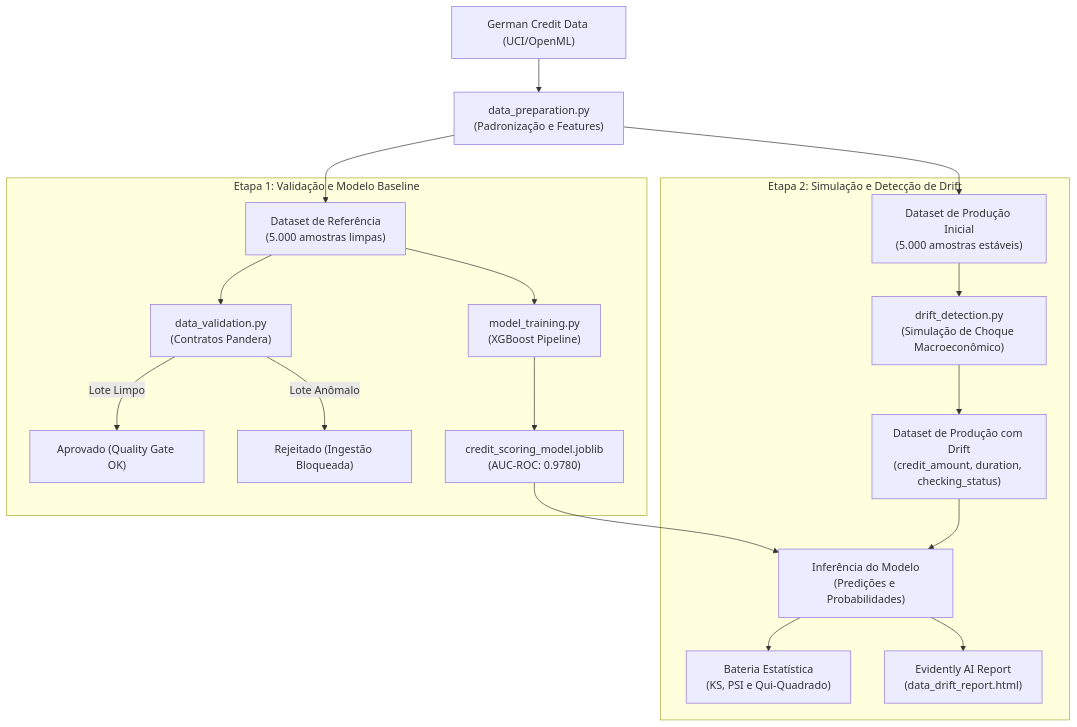
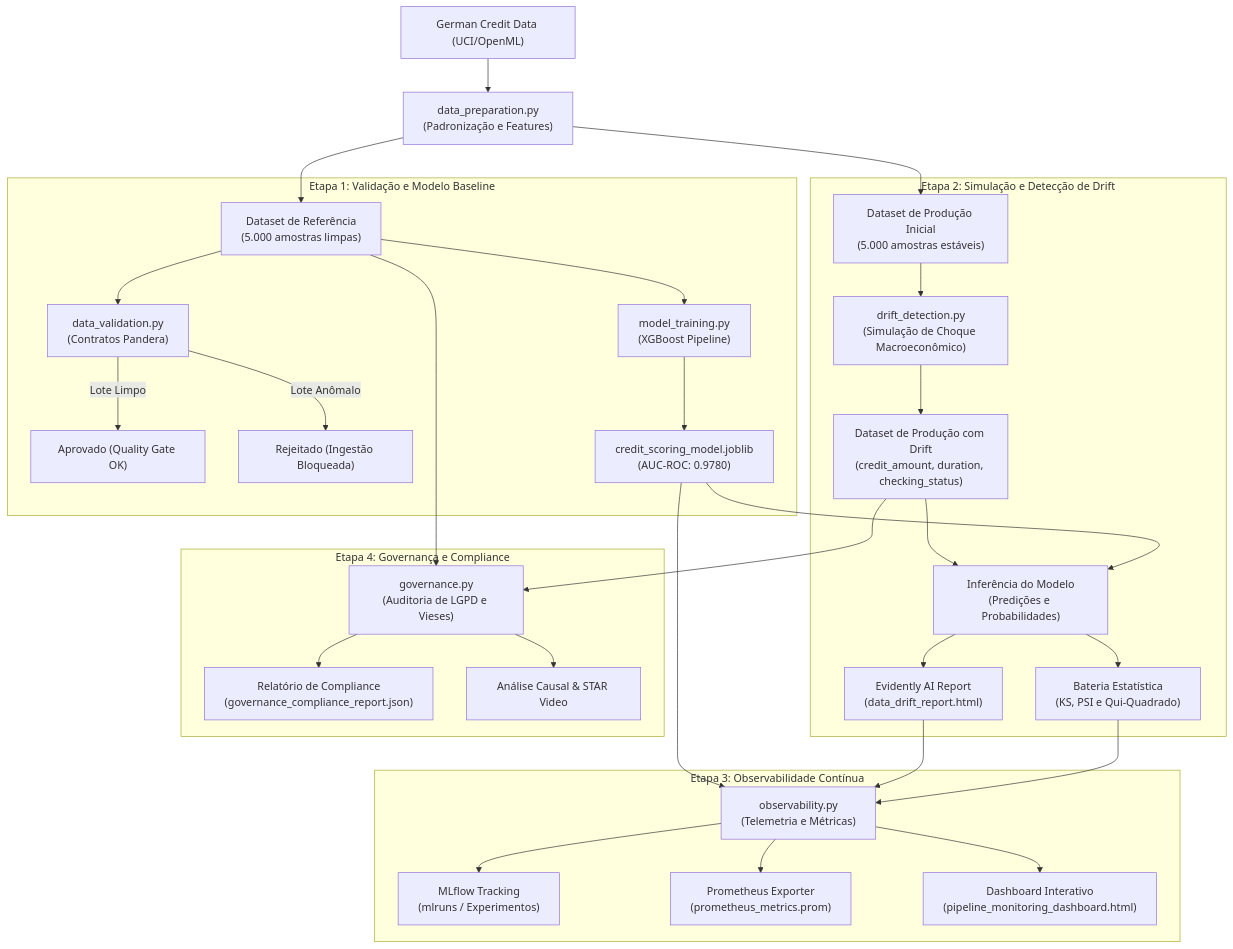
One commit to RaphaelDyorgenes/Detecao-de-Drift-e-Qualidade-de-Dados changed the first of 2 diagrams in README.md. Above: the diagram before and after it, drawn with Mermaid. The commit also changed other lines of this file and 3 other files, not shown here.

Commit message:
feat(governance): implementacao da etapa 4 com conformidade lgpd, analise causal e roteiro star

````diff
--- a/README.md
+++ b/README.md
@@ -63,23 +73,36 @@
 ```mermaid
 flowchart TD
     A["German Credit Data (UCI/OpenML)"] --> B["data_preparation.py\n(Padronização e Features)"]
     B --> C["Dataset de Referência\n(5.000 amostras limpas)"]
     B --> D["Dataset de Produção Inicial\n(5.000 amostras estáveis)"]
     
     subgraph ETAPA_1 ["Etapa 1: Validação e Modelo Baseline"]
         C --> E["data_validation.py\n(Contratos Pandera)"]
         E -->|Lote Limpo| F["Aprovado (Quality Gate OK)"]
         E -->|Lote Anômalo| G["Rejeitado (Ingestão Bloqueada)"]
         C --> H["model_training.py\n(XGBoost Pipeline)"]
         H --> I["credit_scoring_model.joblib\n(AUC-ROC: 0.9780)"]
     end
     
     subgraph ETAPA_2 ["Etapa 2: Simulação e Detecção de Drift"]
         D --> J["drift_detection.py\n(Simulação de Choque Macroeconômico)"]
         J --> K["Dataset de Produção com Drift\n(credit_amount, duration, checking_status)"]
         I --> L["Inferência do Modelo\n(Predições e Probabilidades)"]
         K --> L
         L --> M["Bateria Estatística\n(KS, PSI e Qui-Quadrado)"]
         L --> N["Evidently AI Report\n(data_drift_report.html)"]
     end
+
+    subgraph ETAPA_3 ["Etapa 3: Observabilidade Contínua"]
+        M & N & I --> O["observability.py\n(Telemetria e Métricas)"]
+        O --> P["MLflow Tracking\n(mlruns / Experimentos)"]
+        O --> Q["Prometheus Exporter\n(prometheus_metrics.prom)"]
+        O --> R["Dashboard Interativo\n(pipeline_monitoring_dashboard.html)"]
+    end
+
+    subgraph ETAPA_4 ["Etapa 4: Governança e Compliance"]
+        C & K --> S["governance.py\n(Auditoria de LGPD e Vieses)"]
+        S --> T["Relatório de Compliance\n(governance_compliance_report.json)"]
+        S --> U["Análise Causal & STAR Video"]
+    end
 ```
````
